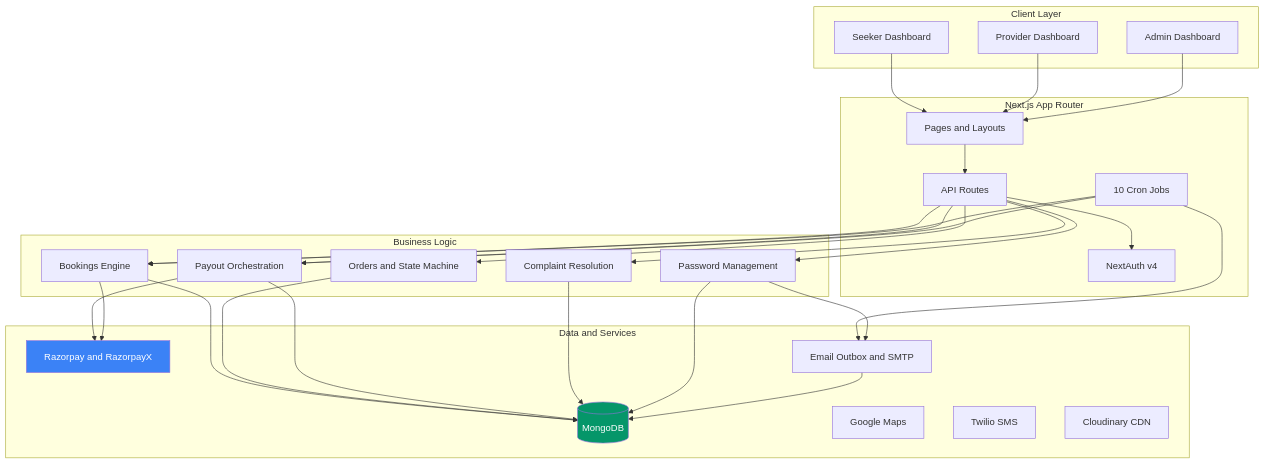
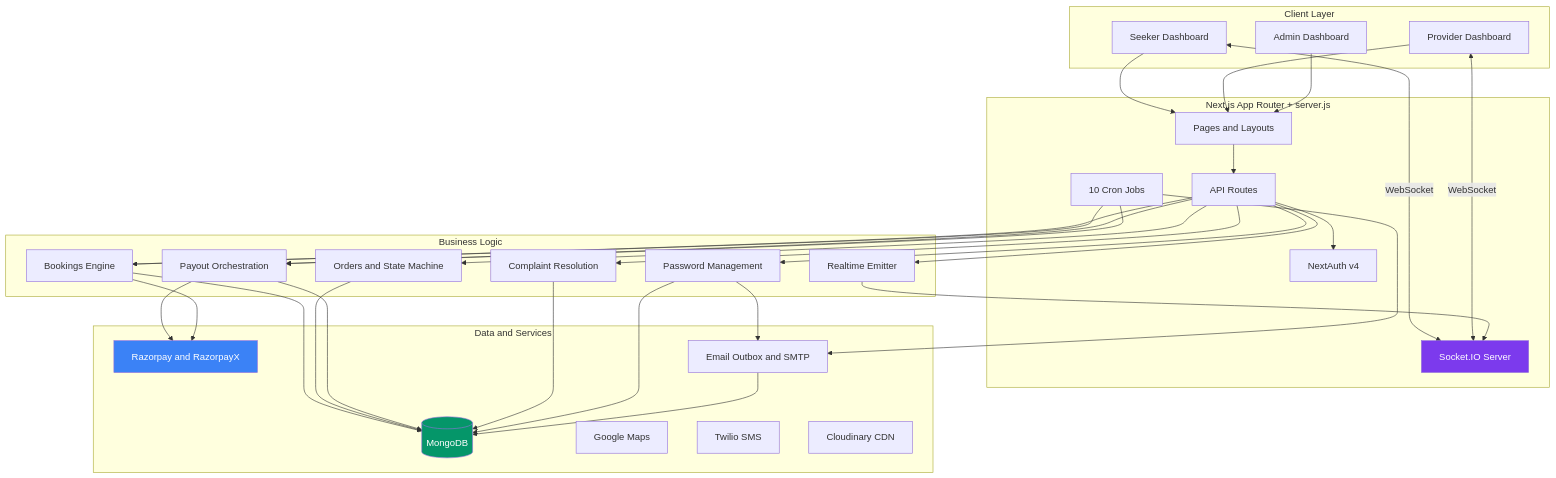
Before and after one commit to ashfakhm/laundry-ease: the ninth of 13 diagrams in docs/CODEBASE_UNDERSTANDING.md, drawn with Mermaid. The commit also changed other lines of this file, not shown here.

````diff
--- a/docs/CODEBASE_UNDERSTANDING.md
+++ b/docs/CODEBASE_UNDERSTANDING.md
@@ -1395,58 +1425,65 @@
 ```mermaid
 graph TB
     subgraph ClientLayer[Client Layer]
         S[Seeker Dashboard]
         P[Provider Dashboard]
         A[Admin Dashboard]
     end
 
-    subgraph AppRouter[Next.js App Router]
+    subgraph AppRouter[Next.js App Router + server.js]
         Pages[Pages and Layouts]
         API[API Routes]
         Auth[NextAuth v4]
         Cron[10 Cron Jobs]
+        SIO[Socket.IO Server]
     end
 
     subgraph BusinessLogic[Business Logic]
         BK[Bookings Engine]
         OR[Orders and State Machine]
         PY[Payout Orchestration]
         CR[Complaint Resolution]
         PW[Password Management]
+        RT[Realtime Emitter]
     end
 
     subgraph DataServices[Data and Services]
         DB[(MongoDB)]
         RZ[Razorpay and RazorpayX]
         EM[Email Outbox and SMTP]
         GM[Google Maps]
         TW[Twilio SMS]
         CL[Cloudinary CDN]
     end
 
     S --> Pages
     P --> Pages
     A --> Pages
+    S <-->|WebSocket| SIO
+    P <-->|WebSocket| SIO
     Pages --> API
     API --> Auth
     API --> BK
     API --> OR
     API --> PY
     API --> CR
     API --> PW
+    API --> RT
+    RT --> SIO
     Cron --> BK
     Cron --> PY
     Cron --> EM
     BK --> DB
     OR --> DB
     PY --> RZ
     PY --> DB
     CR --> DB
     PW --> DB
     PW --> EM
     EM --> DB
     BK --> RZ
 
     style DB fill:#059669,color:#fff
     style RZ fill:#3b82f6,color:#fff
+    style SIO fill:#7c3aed,color:#fff
 ```
````
